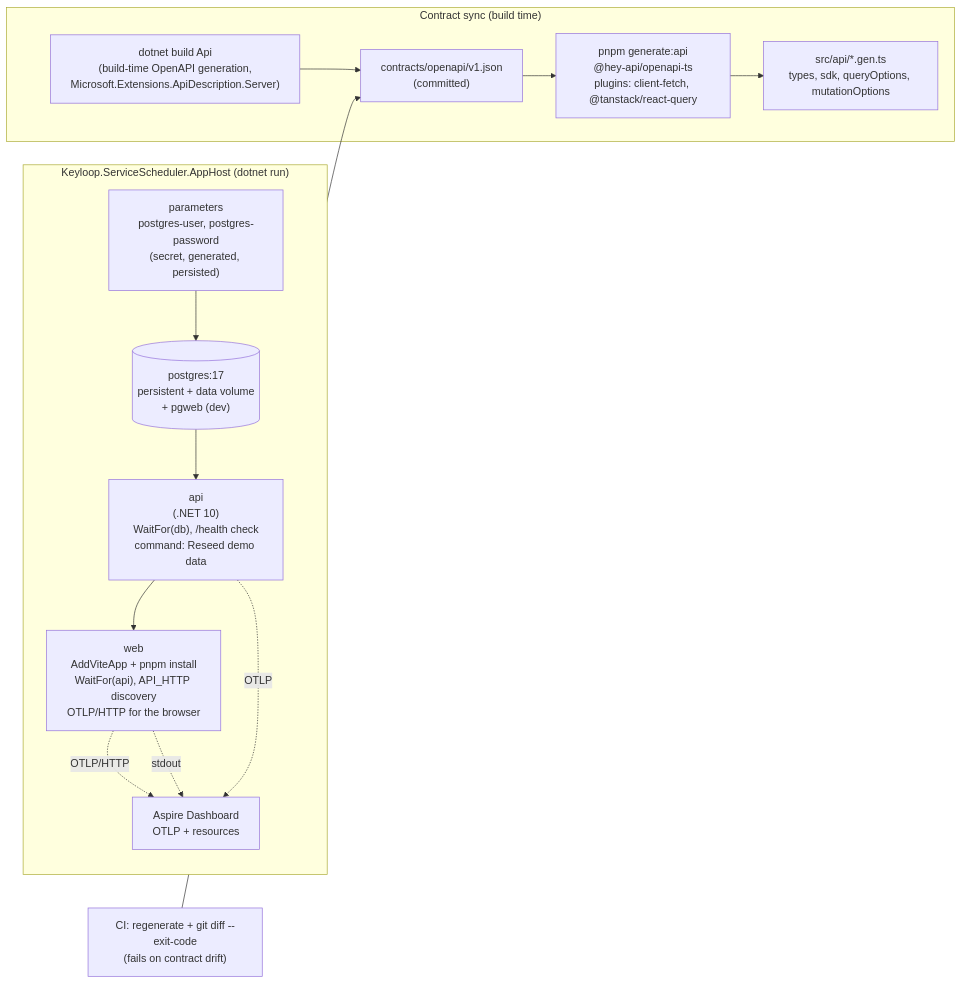
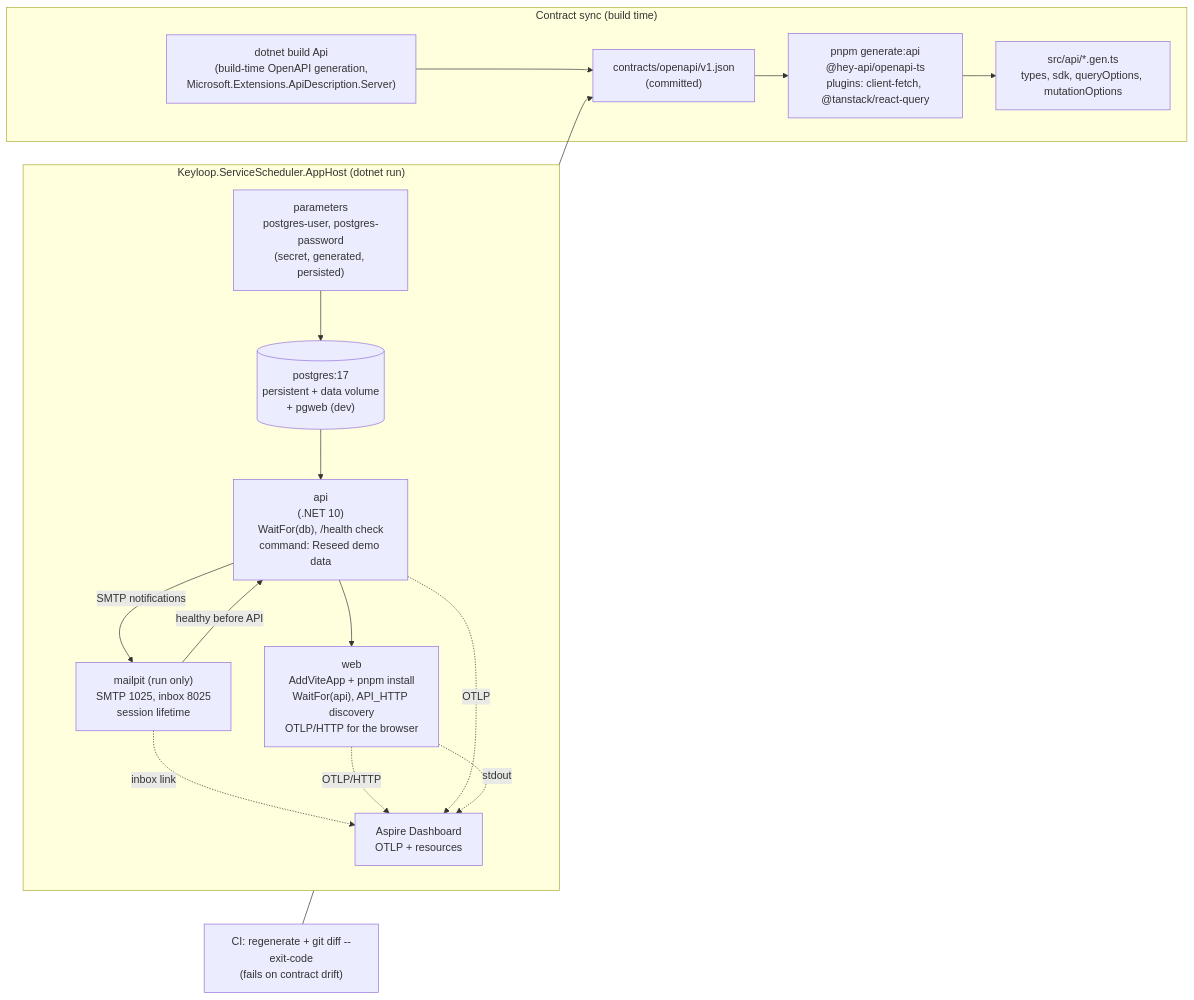
Before and after one commit to kylesmile1103/keyloop-service-scheduler: the ninth of 13 diagrams in docs/SYSTEM_DESIGN.md, drawn with Mermaid. The commit also changed other lines of this file and 36 other files, not shown here.

First line of the commit message:
feat(api): add transactional email notifications and Mailpit

````diff
--- a/docs/SYSTEM_DESIGN.md
+++ b/docs/SYSTEM_DESIGN.md
@@ -762,24 +763,28 @@
 ```mermaid
 flowchart LR
     subgraph AppHost["Keyloop.ServiceScheduler.AppHost (dotnet run)"]
         PARAMS["parameters<br/>postgres-user, postgres-password<br/>(secret, generated, persisted)"]
         PG[("postgres:17<br/>persistent + data volume<br/>+ pgweb (dev)")]
+        MAIL["mailpit (run only)<br/>SMTP 1025, inbox 8025<br/>session lifetime"]
         API["api<br/>(.NET 10)<br/>WaitFor(db), /health check<br/>command: Reseed demo data"]
         WEB["web<br/>AddViteApp + pnpm install<br/>WaitFor(api), API_HTTP discovery<br/>OTLP/HTTP for the browser"]
         DASH["Aspire Dashboard<br/>OTLP + resources"]
         PARAMS --> PG --> API --> WEB
+        MAIL -->|healthy before API| API
+        API -->|SMTP notifications| MAIL
+        MAIL -. inbox link .-> DASH
         WEB -. OTLP/HTTP .-> DASH
         API -. OTLP .-> DASH
         WEB -. stdout .-> DASH
     end
 
     subgraph Contract["Contract sync (build time)"]
         BUILD["dotnet build Api<br/>(build-time OpenAPI generation,<br/>Microsoft.Extensions.ApiDescription.Server)"]
         SPEC["contracts/openapi/v1.json<br/>(committed)"]
         GEN["pnpm generate:api<br/>@hey-api/openapi-ts<br/>plugins: client-fetch, @tanstack/react-query"]
         TS["src/api/*.gen.ts<br/>types, sdk, queryOptions, mutationOptions"]
         BUILD --> SPEC --> GEN --> TS
     end
 
     CI["CI: regenerate + git diff --exit-code<br/>(fails on contract drift)"] --> SPEC
 ```
````
